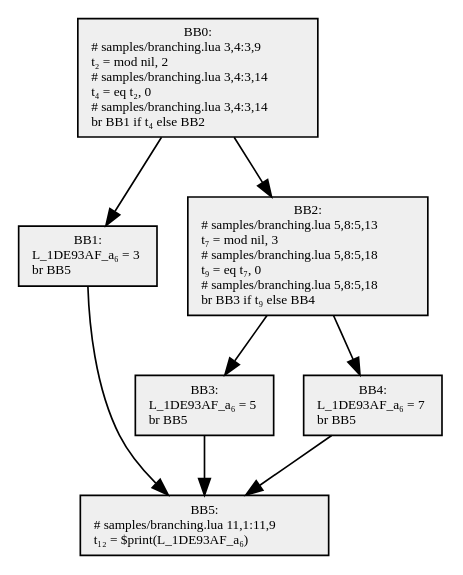
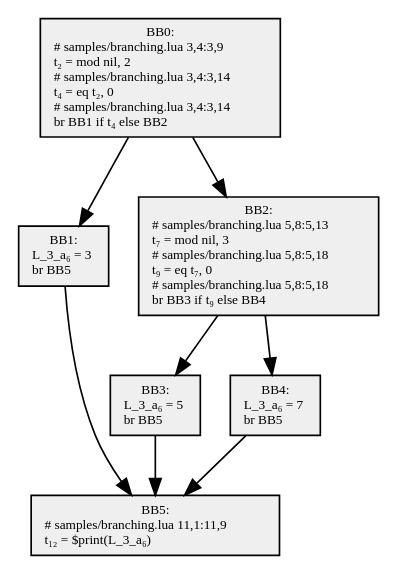
Before and after one commit to GGG-KILLER/SimpleCompiler: the diagram in src/SimpleCompiler.Cli/samples/obj/branching.5.dot, drawn with Graphviz. The commit also changed 27 other files, not shown here.

```diff
--- a/src/SimpleCompiler.Cli/samples/obj/branching.5.dot
+++ b/src/SimpleCompiler.Cli/samples/obj/branching.5.dot
@@ -1,17 +1,17 @@
 digraph {
   node[shape=box style=filled fontsize=8 fontname="Cascadia Code" fillcolor="#efefef"];
   BB0 [label="BB0:\n# samples/branching.lua 3,4:3,9\lt₂ = mod nil, 2\l# samples/branching.lua 3,4:3,14\lt₄ = eq t₂, 0\l# samples/branching.lua 3,4:3,14\lbr BB1 if t₄ else BB2\l"];
-  BB1 [label="BB1:\nL_1DE93AF_a₆ = 3\lbr BB5\l"];
+  BB1 [label="BB1:\nL_3_a₆ = 3\lbr BB5\l"];
   BB2 [label="BB2:\n# samples/branching.lua 5,8:5,13\lt₇ = mod nil, 3\l# samples/branching.lua 5,8:5,18\lt₉ = eq t₇, 0\l# samples/branching.lua 5,8:5,18\lbr BB3 if t₉ else BB4\l"];
-  BB3 [label="BB3:\nL_1DE93AF_a₆ = 5\lbr BB5\l"];
-  BB4 [label="BB4:\nL_1DE93AF_a₆ = 7\lbr BB5\l"];
-  BB5 [label="BB5:\n# samples/branching.lua 11,1:11,9\lt₁₂ = $print(L_1DE93AF_a₆)\l"];
+  BB3 [label="BB3:\nL_3_a₆ = 5\lbr BB5\l"];
+  BB4 [label="BB4:\nL_3_a₆ = 7\lbr BB5\l"];
+  BB5 [label="BB5:\n# samples/branching.lua 11,1:11,9\lt₁₂ = $print(L_3_a₆)\l"];
 
   BB0 -> BB1;
   BB0 -> BB2;
   BB2 -> BB3;
   BB2 -> BB4;
   BB1 -> BB5;
   BB3 -> BB5;
   BB4 -> BB5;
 }
```
